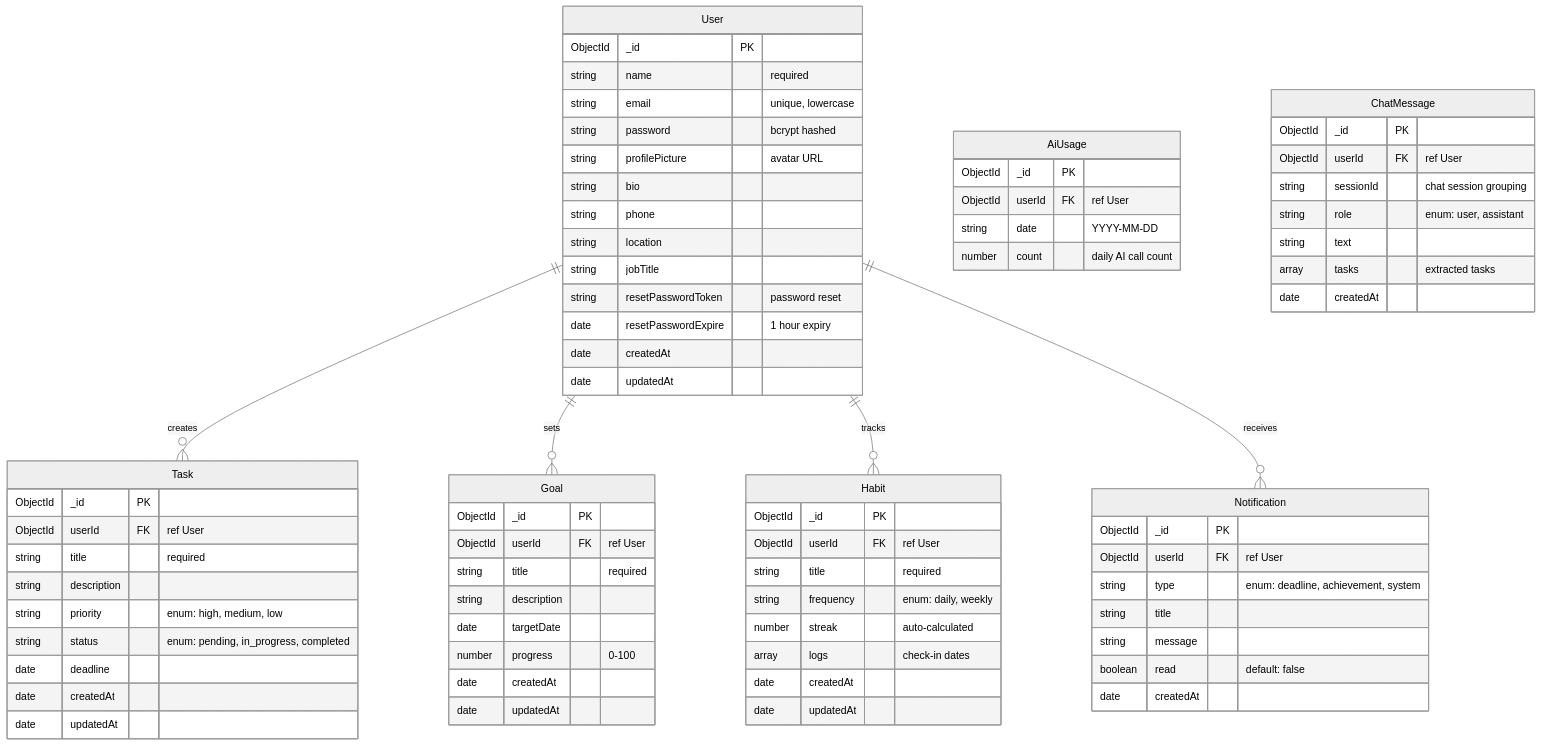
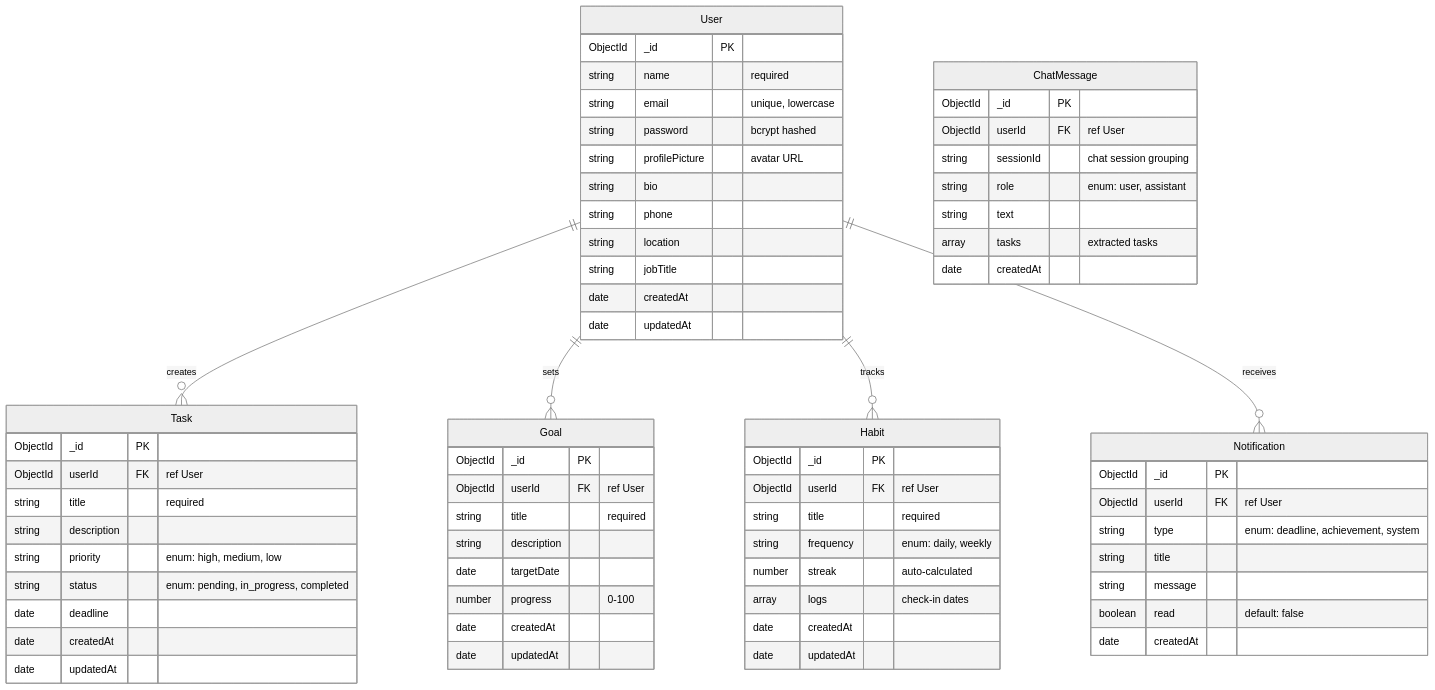
Before and after one commit to Shubham-997800/FlowSyncAi: the second of 2 diagrams in README.md, drawn with Mermaid (neutral theme). The commit also changed other lines of this file and 28 other files, not shown here.

```diff
--- a/README.md
+++ b/README.md
@@ -510,8 +510,6 @@
         string phone
         string location
         string jobTitle
-        string resetPasswordToken "password reset"
-        date resetPasswordExpire "1 hour expiry"
         date createdAt
         date updatedAt
     }
@@ -560,13 +558,6 @@
         date createdAt
     }
 
-    AiUsage {
-        ObjectId _id PK
-        ObjectId userId FK "ref User"
-        string date "YYYY-MM-DD"
-        number count "daily AI call count"
-    }
-
     ChatMessage {
         ObjectId _id PK
         ObjectId userId FK "ref User"
```
